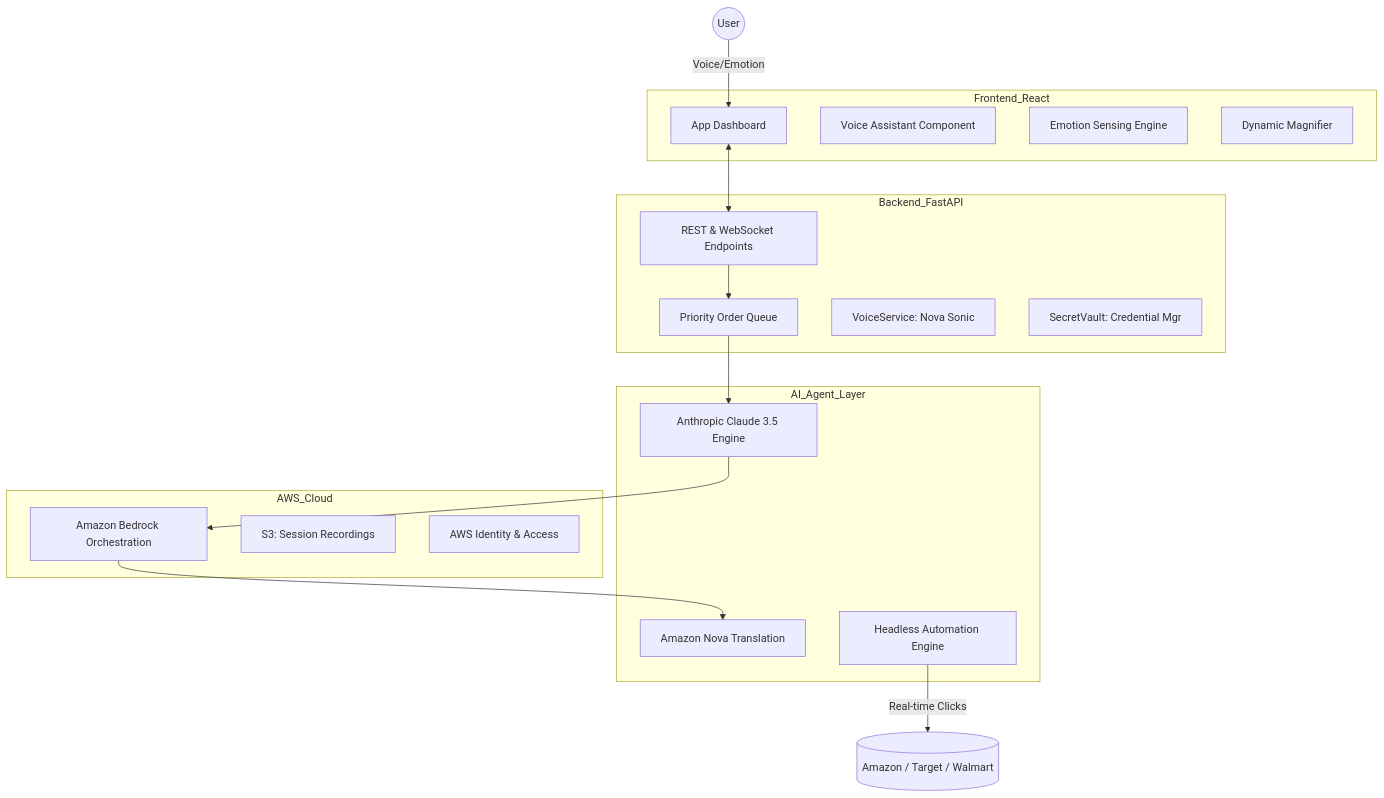
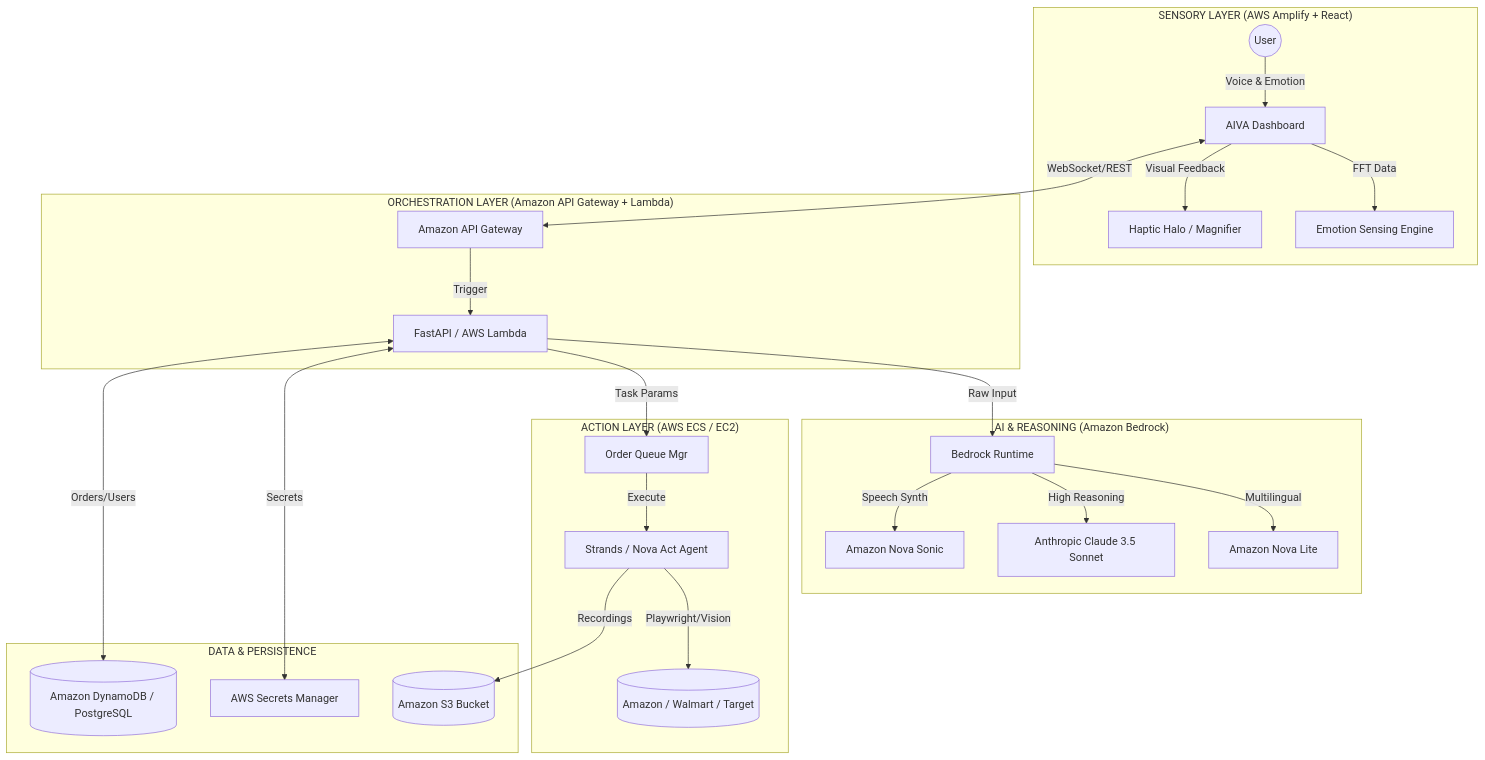
The diagram in README.md (PramitKumarPanda18/AIVA-Web-Accessibility-Assistant), drawn with Mermaid before and after one commit. The commit also changed other lines of this file, not shown here.

````diff
--- a/README.md
+++ b/README.md
@@ -44,36 +46,32 @@
 ```mermaid
 graph TD
-    subgraph Frontend_React
-        UI[App Dashboard]
-        Voice[Voice Assistant Component]
-        Emotion[Emotion Sensing Engine]
-        Magnifier[Dynamic Magnifier]
+    subgraph "SENSORY LAYER (AWS Amplify + React)"
+        User((User)) -->|Voice & Emotion| UI[AIVA Dashboard]
+        UI -->|FFT Data| Emotion[Emotion Sensing Engine]
+        UI -->|Visual Feedback| VHF[Haptic Halo / Magnifier]
     end
 
-    subgraph Backend_FastAPI
-        API[REST & WebSocket Endpoints]
-        Queue[Priority Order Queue]
-        VoiceSvc[VoiceService: Nova Sonic]
-        SecretVault[SecretVault: Credential Mgr]
+    subgraph "ORCHESTRATION LAYER (Amazon API Gateway + Lambda)"
+        UI <-->|WebSocket/REST| Gateway[Amazon API Gateway]
+        Gateway -->|Trigger| CoreHandler[FastAPI / AWS Lambda]
     end
 
-    subgraph AI_Agent_Layer
-        ClaudeAgent[Anthropic Claude 3.5 Engine]
-        NovaTrans[Amazon Nova Translation]
-        BrowserAgent[Headless Automation Engine]
+    subgraph "AI & REASONING (Amazon Bedrock)"
+        CoreHandler -->|Raw Input| Bedrock[Bedrock Runtime]
+        Bedrock -->|Multilingual| Nova[Amazon Nova Lite]
+        Bedrock -->|High Reasoning| Claude[Anthropic Claude 3.5 Sonnet]
+        Bedrock -->|Speech Synth| Sonic[Amazon Nova Sonic]
     end
 
-    subgraph AWS_Cloud
-        Bedrock[Amazon Bedrock Orchestration]
-        S3[S3: Session Recordings]
-        IAM[AWS Identity & Access]
+    subgraph "ACTION LAYER (AWS ECS / EC2)"
+        CoreHandler -->|Task Params| Queue[Order Queue Mgr]
+        Queue -->|Execute| Agent[Strands / Nova Act Agent]
+        Agent -->|Playwright/Vision| Retailer[(Amazon / Walmart / Target)]
     end
 
-    User((User)) -->|Voice/Emotion| UI
-    UI <--> API
-    API --> Queue
-    Queue --> ClaudeAgent
-    ClaudeAgent --> Bedrock
-    Bedrock --> NovaTrans
-    BrowserAgent -->|Real-time Clicks| RetailerSites[(Amazon / Target / Walmart)]
+    subgraph "DATA & PERSISTENCE"
+        CoreHandler <-->|Secrets| SecretsMgr[AWS Secrets Manager]
+        CoreHandler <-->|Orders/Users| DB[(Amazon DynamoDB / PostgreSQL)]
+        Agent -->|Recordings| S3[(Amazon S3 Bucket)]
+    end
 ```
````
